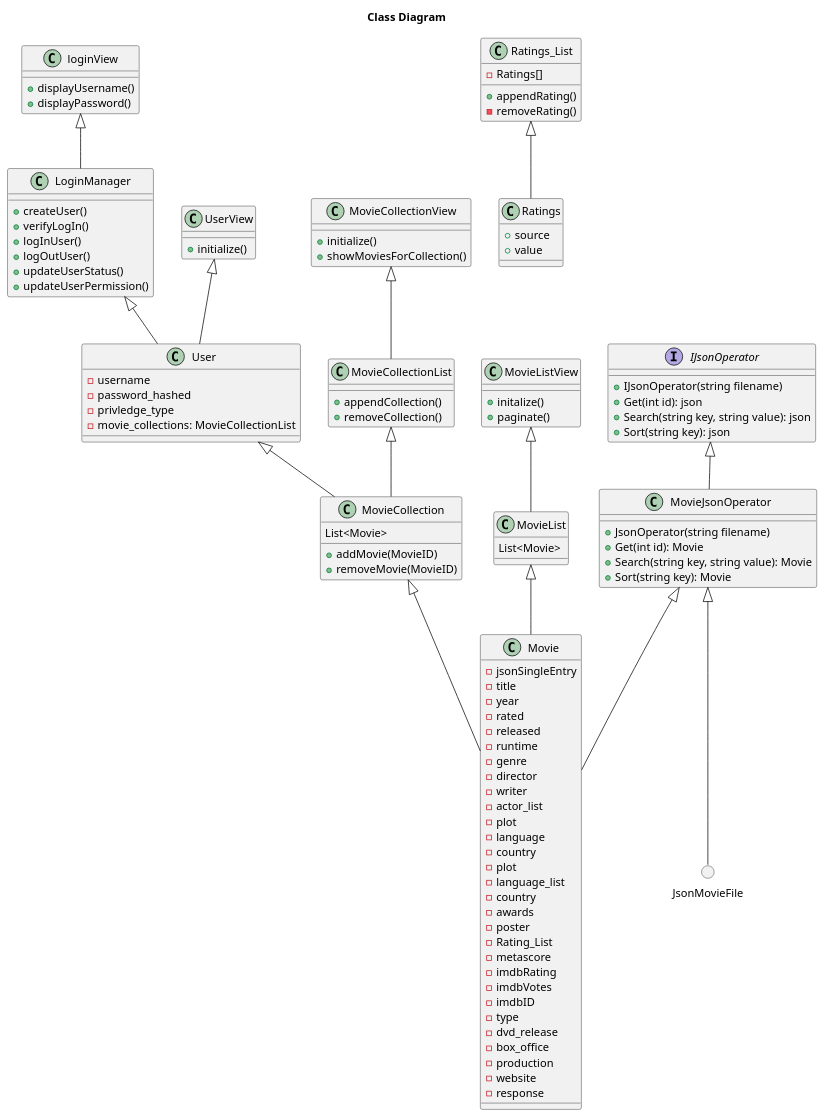
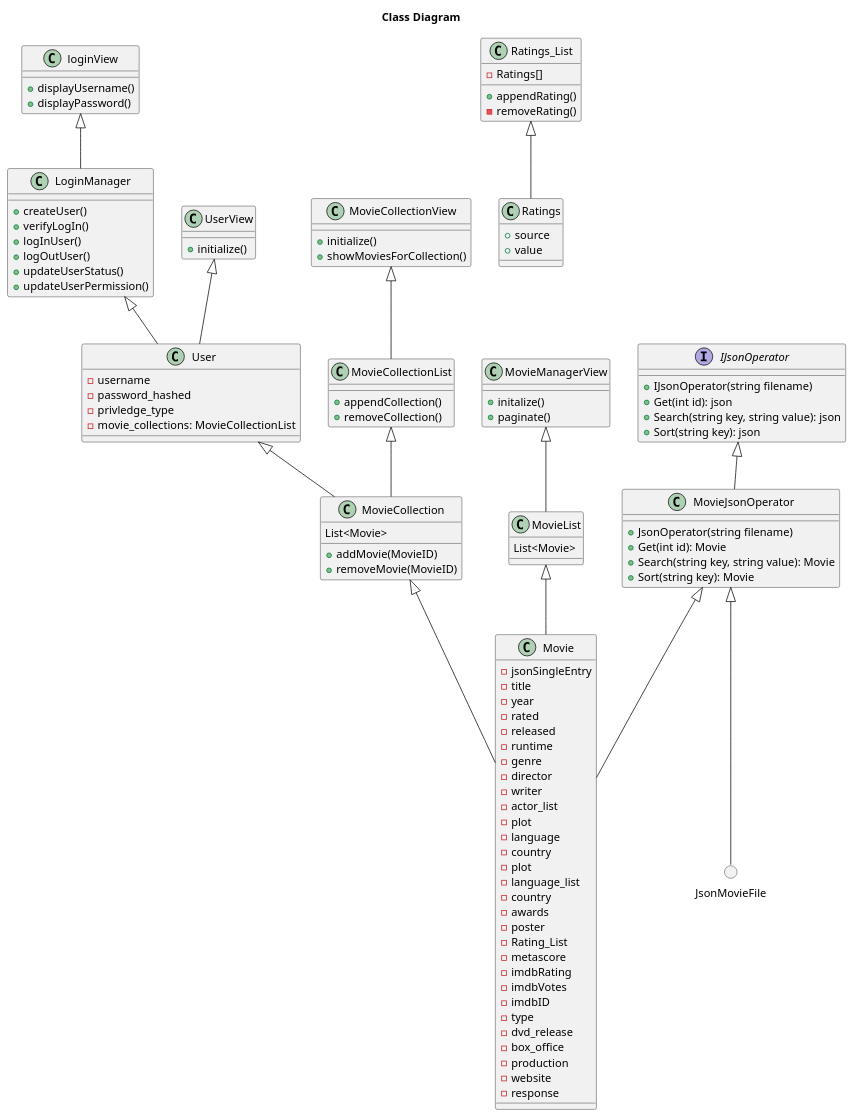
Before and after one commit to robotcorner/CS-321-JavaTeamProjectTeam10: the diagram in docs/uml-diagram.md, drawn with PlantUML. The commit also changed 3 other files, not shown here.

Commit message:
Renamed MovieListView to MovieManagerView

```diff
--- a/docs/uml-diagram.md
+++ b/docs/uml-diagram.md
@@ -105,12 +105,12 @@
   List<Movie>
 }
 
-class MovieListView {
+class MovieManagerView {
   +initalize()
   +paginate()
 }
 
-MovieListView <|-- MovieList
+MovieManagerView <|-- MovieList
 MovieList <|-- Movie
 User <|-- MovieCollection
 MovieCollectionView <|-- MovieCollectionList
```
